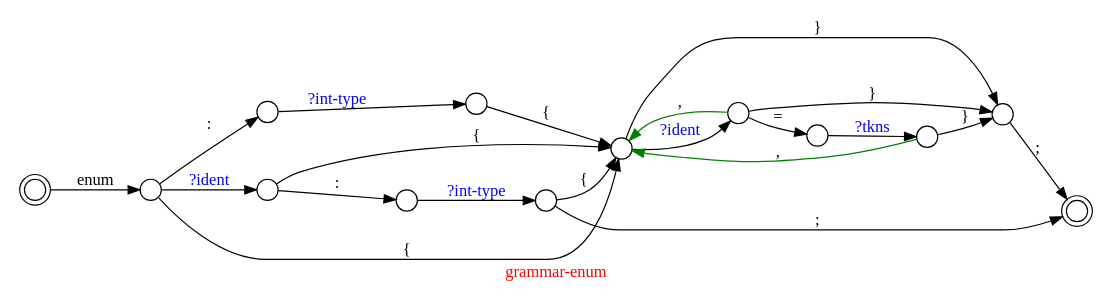
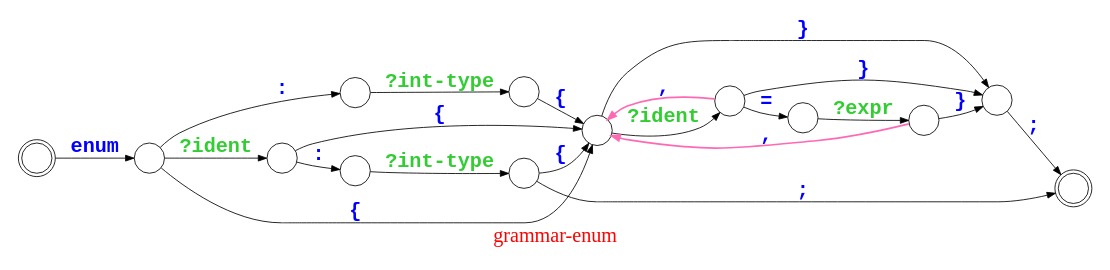
One commit to Ayyzee/dakota changed the diagram in doc/grammar-enum.dot. Above: the diagram before and after it, drawn with Graphviz.

Commit message:
Improved grammar-enum.dot

```diff
--- a/doc/grammar-enum.dot
+++ b/doc/grammar-enum.dot
@@ -1,51 +1,52 @@
 // Copyright (C) 2007, 2008, 2009 Robert Nielsen <robert@dakota.org>
 //
 // Licensed under the Apache License, Version 2.0 (the "License");
 // you may not use this file except in compliance with the License.
 // You may obtain a copy of the License at
 //
 //      http://www.apache.org/licenses/LICENSE-2.0
 //
 // Unless required by applicable law or agreed to in writing, software
 // distributed under the License is distributed on an "AS IS" BASIS,
 // WITHOUT WARRANTIES OR CONDITIONS OF ANY KIND, either express or implied.
 // See the License for the specific language governing permissions and
 // limitations under the License.
 
 digraph "grammar-enum"
 {
-  graph [ label = "\G", fontcolor = red ];
+  graph [ label = "\G", fontcolor = red, fontname = "bold", fontsize = 24 ];
   graph [ rankdir = LR, center = true ];
   graph [ page = "8.5,11", size = "7.5,10" ];
+  edge [ fontcolor = blue, fontname = "Courier-Bold", fontsize = 24 ];
+  node [ shape = circle ];
 
-  node [ shape = circle ];
-  node [ label = "", width = 0.25 ];
-  //node [ label = "" ];
+  // comment out this line if you want node numbers shown
+  node [ label = "" ];
 
-  000 [ shape = doublecircle ];
-  100 [ shape = doublecircle ];
+  00 [ shape = doublecircle ];
+  60 [ shape = doublecircle ];
 
-  000 -> 010 [ label = "enum" ];
-  010 -> 020 [ label = "?ident", fontcolor = blue ];
-  010 -> 035 [ label = ":" ];
-  010 -> 050 [ label = "{" ];
-  020 -> 030 [ label = ":" ];
-  020 -> 050 [ label = "{" ];
-  030 -> 040 [ label = "?int-type", fontcolor = blue ];
-  035 -> 045 [ label = "?int-type", fontcolor = blue ];
-  040 -> 050 [ label = "{" ];
-  040 -> 100 [ label = ";" ];
-  045 -> 050 [ label = "{" ];
-  050 -> 060 [ label = "?ident", fontcolor = blue ];
-  050 -> 090 [ label = "}" ];
-  060 -> 050 [ label = ",", color = green ];
-  060 -> 070 [ label = "=" ];
-  060 -> 090 [ label = "}" ];
-  070 -> 080 [ label = "?tkns", fontcolor = blue ];
-  080 -> 050 [ label = ",", color = green ];
-  080 -> 090 [ label = "}" ];
-  090 -> 100 [ label = ";" ];
+  00 -> 05 [ label = "enum" ];
+  05 -> 10 [ label = "?ident", fontcolor = limegreen ];
+  05 -> 20 [ label = ":" ];
+  05 -> 35 [ label = "{" ];
+  10 -> 15 [ label = ":" ];
+  10 -> 35 [ label = "{" ];
+  15 -> 25 [ label = "?int-type", fontcolor = limegreen ];
+  20 -> 30 [ label = "?int-type", fontcolor = limegreen ];
+  25 -> 35 [ label = "{" ];
+  25 -> 60 [ label = ";" ];
+  30 -> 35 [ label = "{" ];
+  35 -> 40 [ label = "?ident", fontcolor = limegreen ];
+  35 -> 55 [ label = "}" ];
+  40 -> 35 [ label = ",", style = bold, color = hotpink ];
+  40 -> 45 [ label = "=" ];
+  40 -> 55 [ label = "}" ];
+  45 -> 50 [ label = "?expr", fontcolor = limegreen ];
+  50 -> 35 [ label = ",", style = bold, color = hotpink ];
+  50 -> 55 [ label = "}" ];
+  55 -> 60 [ label = ";" ];
 
-  //{ rank = same; 030; 035 }
-  //{ rank = same; 040; 045 }
+  { rank = same; 15; 20 }
+  { rank = same; 25; 30 }
 }
```
